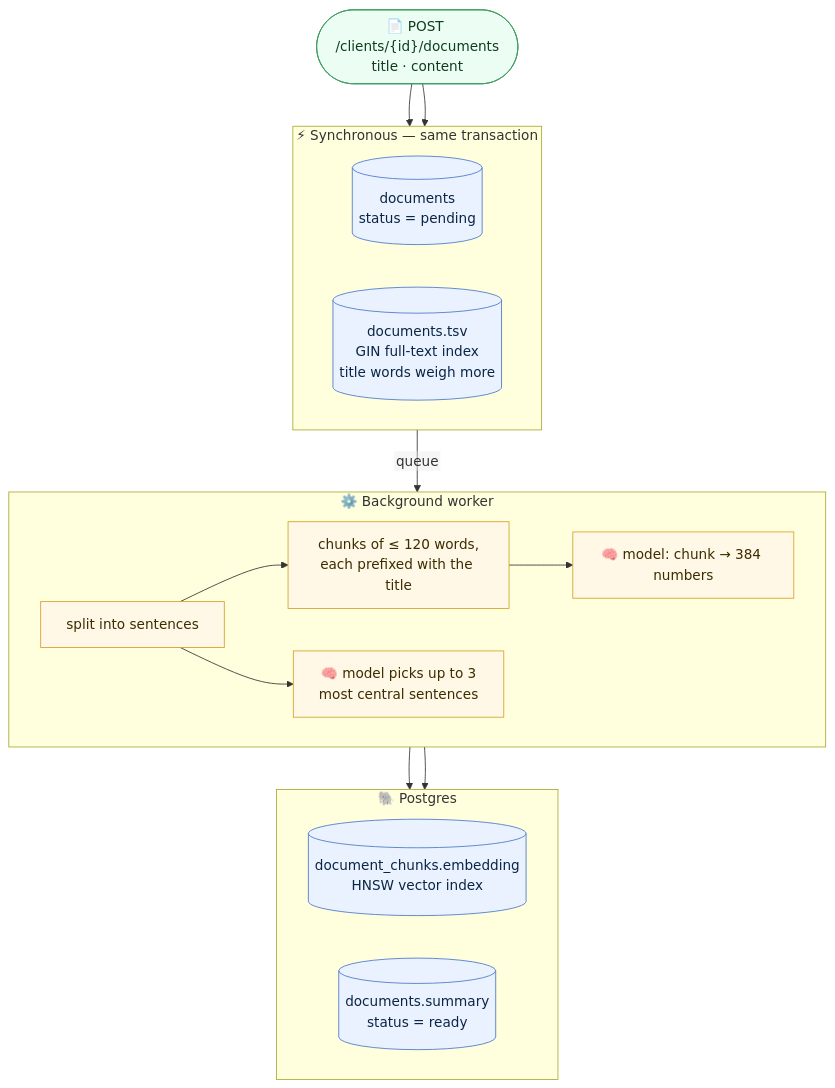
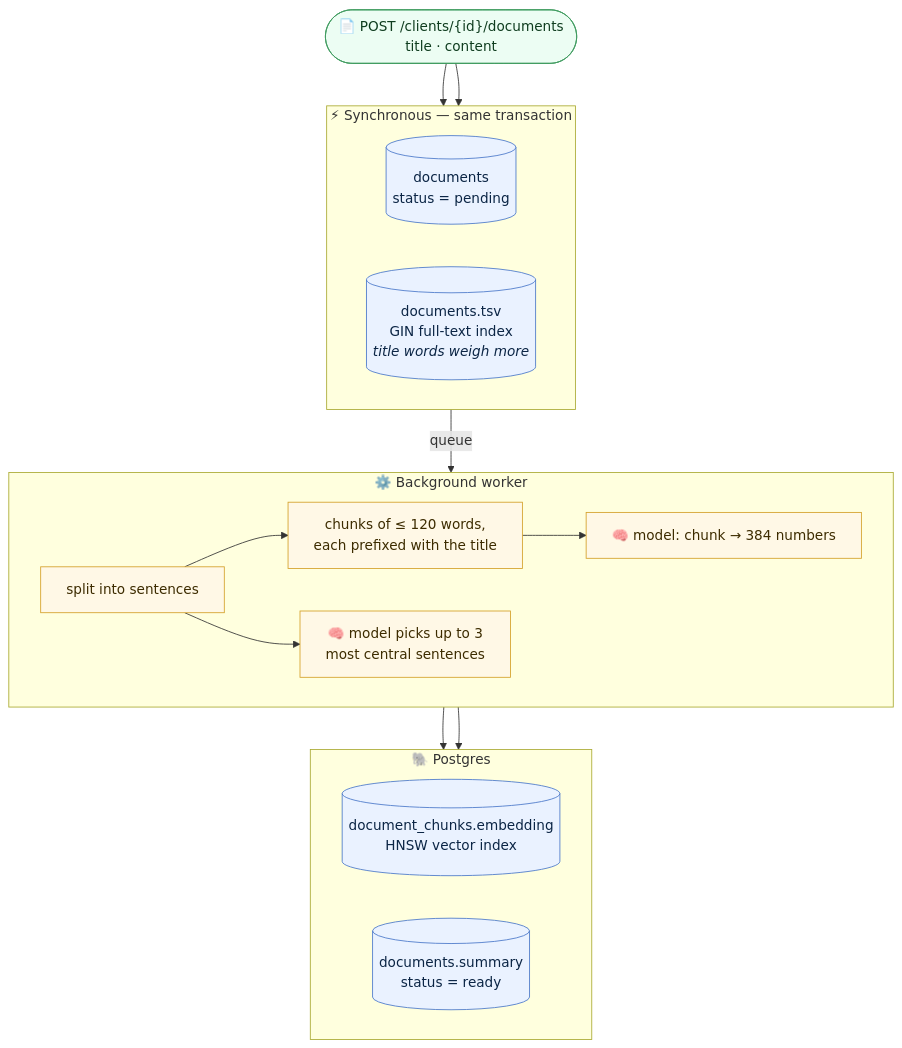
The second of 3 diagrams in README.md (refined/neviswealth), drawn with Mermaid before and after one commit. The commit also changed other lines of this file, not shown here.

First line of the commit message:
Widen Mermaid label wrapping so GitHub does not clip diagram text

````diff
--- a/README.md
+++ b/README.md
@@ -153,39 +153,39 @@
 ```mermaid
-%%{init: {"flowchart": {"htmlLabels": false}}}%%
+%%{init: {"flowchart": {"wrappingWidth": 1000}}}%%
 flowchart TB
     input(["📄 POST /clients/{id}/documents<br/>title · content"])
 
     subgraph sync["⚡ Synchronous — same transaction"]
         direction LR
         row[("documents<br/>status = pending")]
-        tsv[("documents.tsv<br/>GIN full-text index<br/>title words weigh more")]
+        tsv[("documents.tsv<br/>GIN full-text index<br/><i>title words weigh more</i>")]
     end
 
     subgraph worker["⚙️ Background worker"]
         direction LR
         sentences["split into sentences"]
         chunks["chunks of ≤ 120 words,<br/>each prefixed with the title"]
         embed["🧠 model: chunk → 384 numbers"]
         summarize["🧠 model picks up to 3<br/>most central sentences"]
         sentences --> chunks --> embed
         sentences --> summarize
     end
 
     subgraph stored["🐘 Postgres"]
         direction LR
         vectors[("document_chunks.embedding<br/>HNSW vector index")]
         summary[("documents.summary<br/>status = ready")]
     end
 
     input --> row & tsv
     row -- "queue" --> sentences
     embed --> vectors
     summarize --> summary
 
     classDef io fill:#ecfdf3,stroke:#3f9b5f,color:#0f3d1f
     classDef step fill:#fff8e6,stroke:#d4a12a,color:#3d2c00
     classDef store fill:#eaf2ff,stroke:#4a78c9,color:#0b2545
     class input io
     class sentences,chunks,embed,summarize step
     class row,tsv,vectors,summary store
 ```
````
